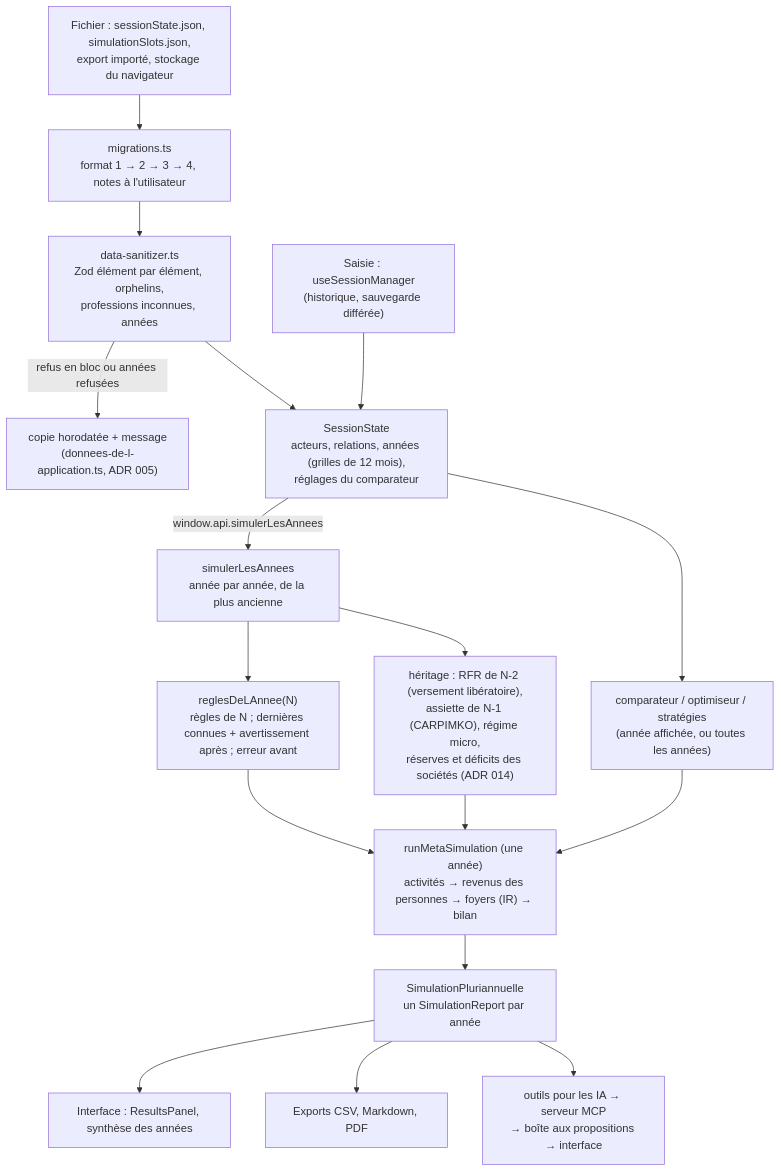
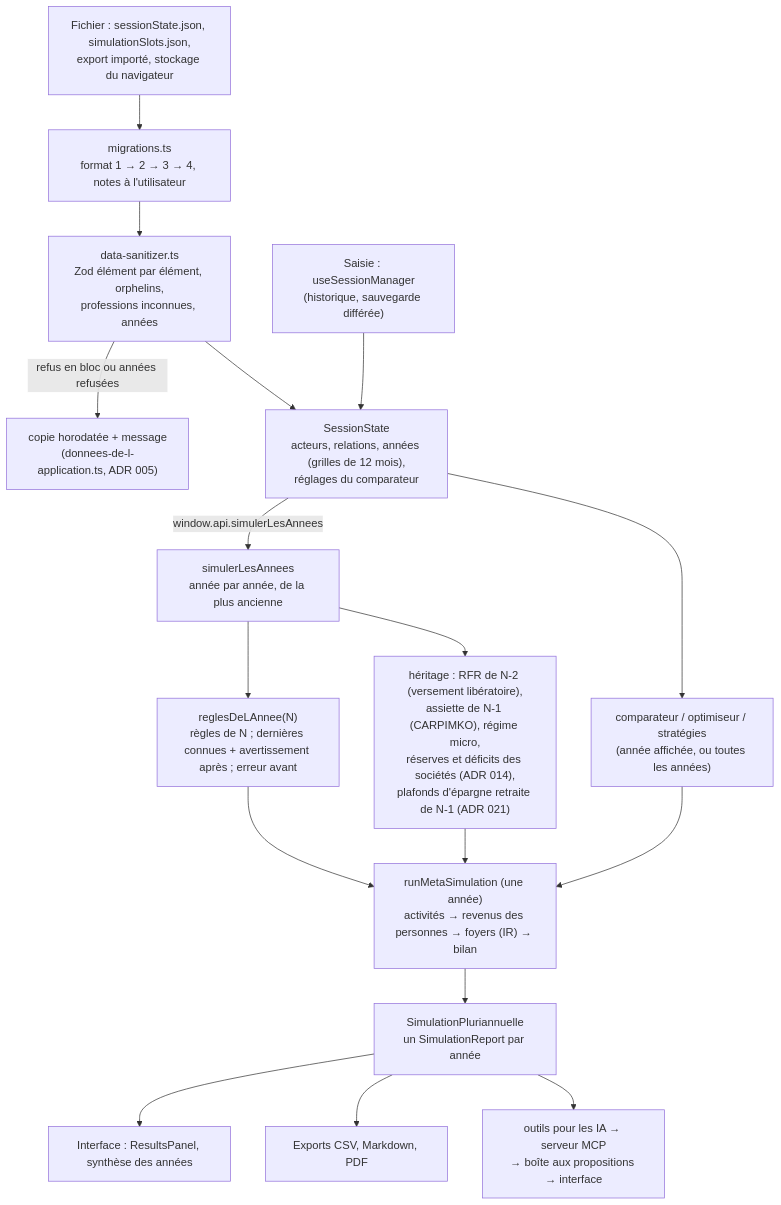
Before and after one commit to DamienBecherini/simulateur-independant-fr: the second of 2 diagrams in documentation/GUIDE_DEVELOPPEUR.md, drawn with Mermaid. The commit also changed other lines of this file and 18 other files, not shown here.

````diff
--- a/documentation/GUIDE_DEVELOPPEUR.md
+++ b/documentation/GUIDE_DEVELOPPEUR.md
@@ -157,19 +157,19 @@
 ```mermaid
 flowchart TD
   F["Fichier : sessionState.json, simulationSlots.json,<br/>export importé, stockage du navigateur"] --> MIG["migrations.ts<br/>format 1 → 2 → 3 → 4, notes à l'utilisateur"]
   MIG --> SAN["data-sanitizer.ts<br/>Zod élément par élément, orphelins,<br/>professions inconnues, années"]
   SAN -->|"refus en bloc ou années refusées"| COPIE["copie horodatée + message<br/>(donnees-de-l-application.ts, ADR 005)"]
   SAN --> S["SessionState<br/>acteurs, relations, années (grilles de 12 mois),<br/>réglages du comparateur"]
   SAISIE["Saisie : useSessionManager<br/>(historique, sauvegarde différée)"] --> S
   S -->|"window.api.simulerLesAnnees"| P["simulerLesAnnees<br/>année par année, de la plus ancienne"]
   P --> RA["reglesDeLAnnee(N)<br/>règles de N ; dernières connues + avertissement après ; erreur avant"]
-  P --> H["héritage : RFR de N-2 (versement libératoire),<br/>assiette de N-1 (CARPIMKO), régime micro,<br/>réserves et déficits des sociétés (ADR 014)"]
+  P --> H["héritage : RFR de N-2 (versement libératoire),<br/>assiette de N-1 (CARPIMKO), régime micro,<br/>réserves et déficits des sociétés (ADR 014),<br/>plafonds d'épargne retraite de N-1 (ADR 021)"]
   RA --> E["runMetaSimulation (une année)<br/>activités → revenus des personnes → foyers (IR) → bilan"]
   H --> E
   E --> RES["SimulationPluriannuelle<br/>un SimulationReport par année"]
   RES --> UI["Interface : ResultsPanel, synthèse des années"]
   RES --> EXP["Exports CSV, Markdown, PDF"]
   S --> C["comparateur / optimiseur / stratégies<br/>(année affichée, ou toutes les années)"]
   C --> E
   RES --> OUT["outils pour les IA → serveur MCP<br/>→ boîte aux propositions → interface"]
 ```
````
